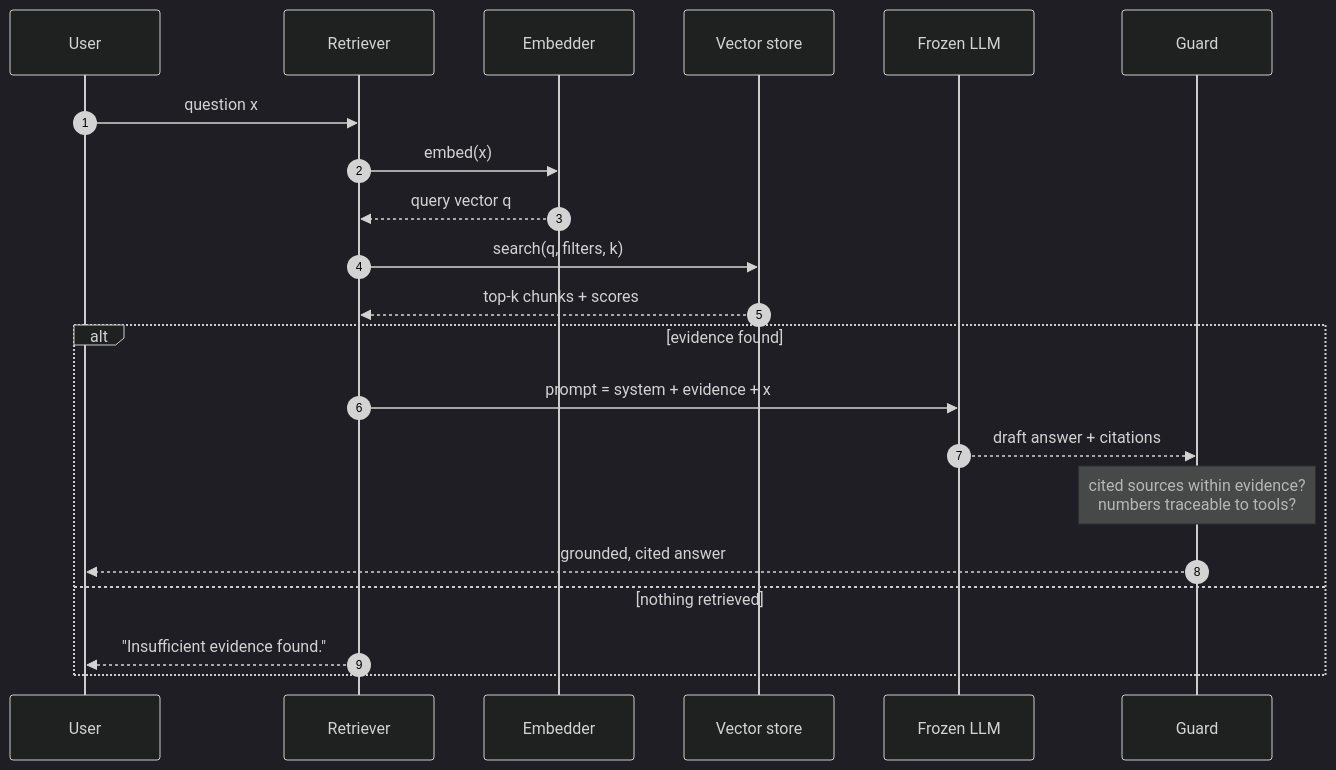
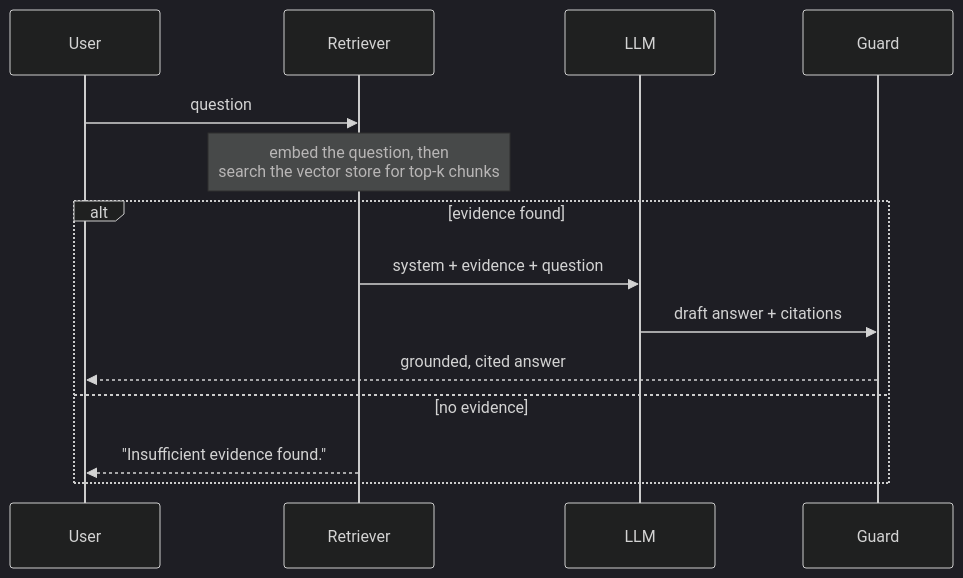
The fourth of 9 diagrams in docs/rag_concepts.md (truongbnguyen88/ai-stock-analysis), drawn with Mermaid (dark theme) before and after one commit.

Commit message:
docs(rag): simplify the §2.2 sequence diagram
Fold Embedder + Vector store into Retriever (both already explicit in the §2.1
architecture diagram) and drop the low-level embed/search round-trip messages.
6 participants → 4; retains every major concept: order of operations,
retrieve-before-generate, LLM conditioned on evidence, the guard, the cited
answer, and the two exit paths (answer vs "insufficient evidence").

````diff
--- a/docs/rag_concepts.md
+++ b/docs/rag_concepts.md
@@ -140,23 +140,16 @@
 ```mermaid
 sequenceDiagram
-  autonumber
   participant U as User
   participant R as Retriever
-  participant E as Embedder
-  participant V as Vector store
-  participant L as Frozen LLM
+  participant L as LLM
   participant G as Guard
-  U->>R: question x
-  R->>E: embed(x)
-  E-->>R: query vector q
-  R->>V: search(q, filters, k)
-  V-->>R: top-k chunks + scores
+  U->>R: question
+  Note over R: embed the question, then<br/>search the vector store for top-k chunks
   alt evidence found
-    R->>L: prompt = system + evidence + x
-    L-->>G: draft answer + citations
-    Note over G: cited sources within evidence?<br/>numbers traceable to tools?
+    R->>L: system + evidence + question
+    L->>G: draft answer + citations
     G-->>U: grounded, cited answer
-  else nothing retrieved
+  else no evidence
     R-->>U: "Insufficient evidence found."
   end
 ```
````
